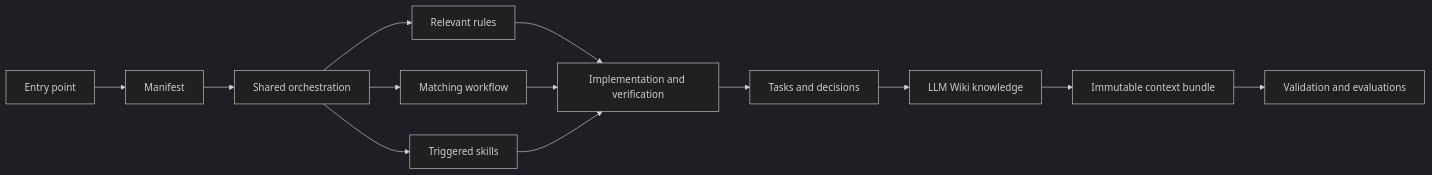
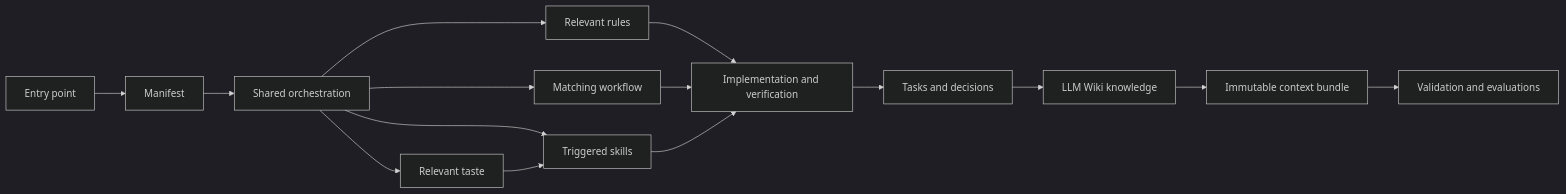
One commit to markromolecule/context-factory changed the diagram in docs/ARCHITECTURE.md. Above: the diagram before and after it, drawn with Mermaid (dark theme). The commit also changed other lines of this file and 33 other files, not shown here.

````diff
--- a/docs/ARCHITECTURE.md
+++ b/docs/ARCHITECTURE.md
@@ -33,15 +34,17 @@
 ```mermaid
 flowchart LR
   E["Entry point"] --> M["Manifest"]
   M --> O["Shared orchestration"]
   O --> R["Relevant rules"]
   O --> F["Matching workflow"]
   O --> S["Triggered skills"]
+  O --> T["Relevant taste"]
   R --> W["Implementation and verification"]
   F --> W
   S --> W
+  T --> S
   W --> D["Tasks and decisions"]
   D --> K["LLM Wiki knowledge"]
   K --> B["Immutable context bundle"]
   B --> V["Validation and evaluations"]
 ```
````
